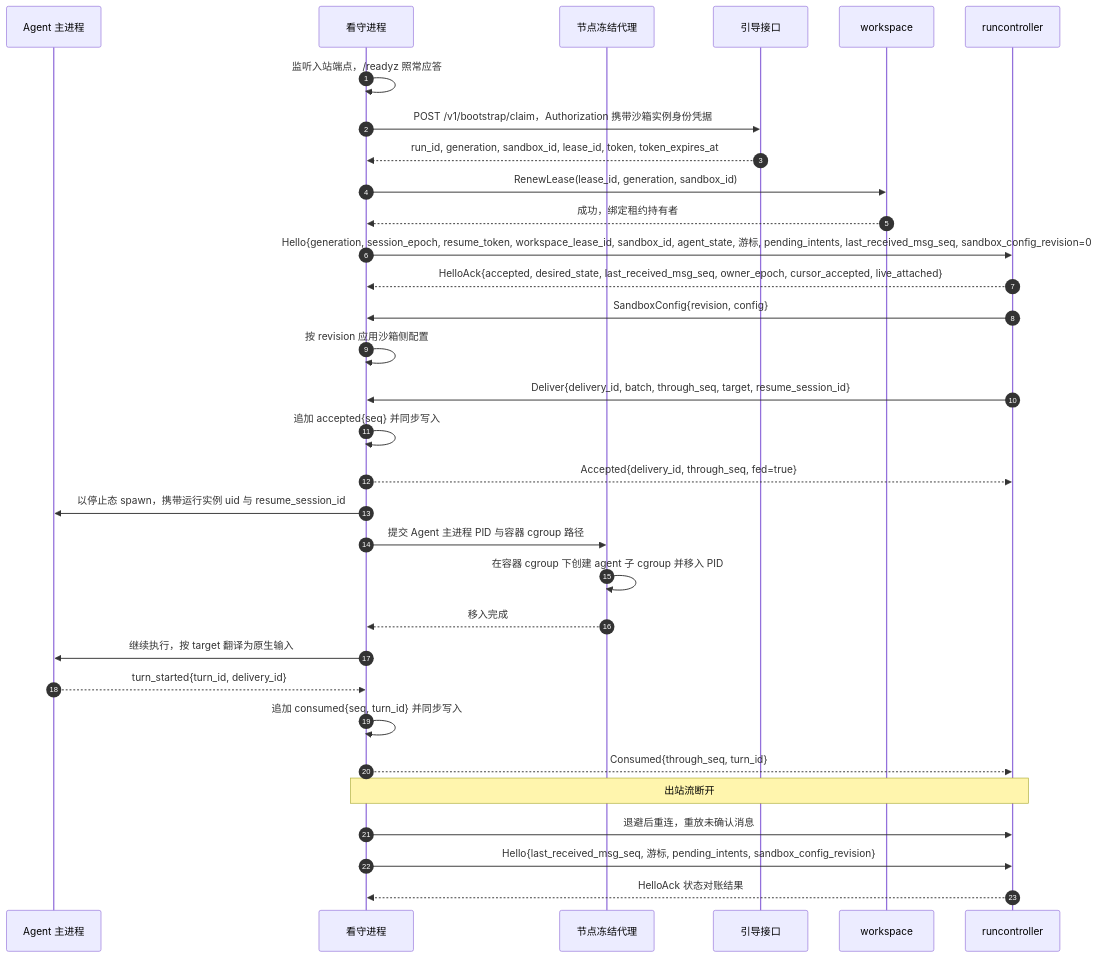
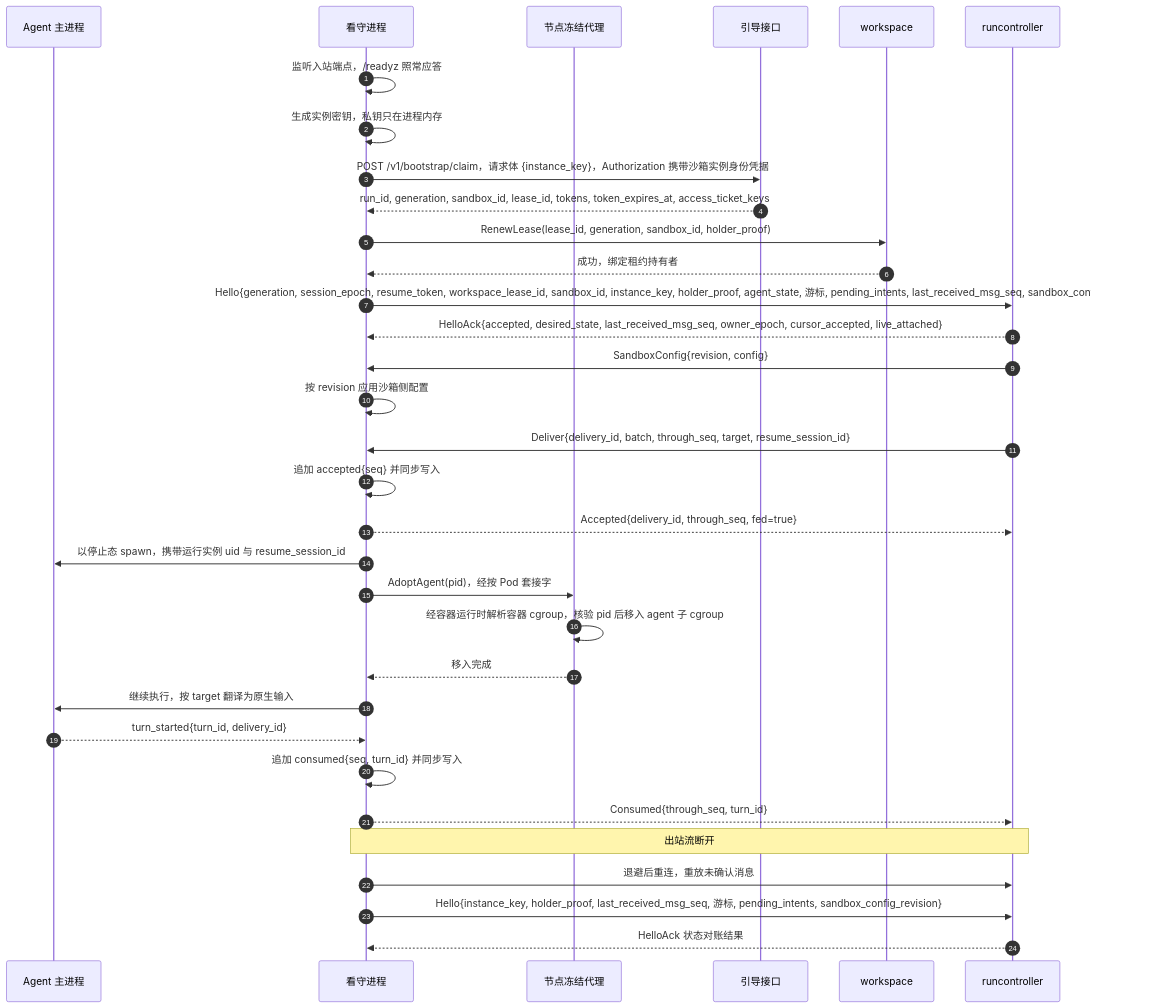
One commit to wangzw/castworks changed the second of 3 diagrams in docs/design/modules/warden/design-warden.md. Above: the diagram before and after it, drawn with Mermaid. The commit also changed other lines of this file and 29 other files, not shown here.

````diff
--- a/docs/design/modules/warden/design-warden.md
+++ b/docs/design/modules/warden/design-warden.md
@@ -257,34 +270,35 @@
 ```mermaid
 sequenceDiagram
     autonumber
     participant A as Agent 主进程
     participant W as 看守进程
     participant N as 节点冻结代理
     participant B as 引导接口
     participant S as workspace
     participant R as runcontroller
     W->>W: 监听入站端点，/readyz 照常应答
-    W->>B: POST /v1/bootstrap/claim，Authorization 携带沙箱实例身份凭据
-    B-->>W: run_id, generation, sandbox_id, lease_id, token, token_expires_at
-    W->>S: RenewLease(lease_id, generation, sandbox_id)
+    W->>W: 生成实例密钥，私钥只在进程内存
+    W->>B: POST /v1/bootstrap/claim，请求体 {instance_key}，Authorization 携带沙箱实例身份凭据
+    B-->>W: run_id, generation, sandbox_id, lease_id, tokens, token_expires_at, access_ticket_keys
+    W->>S: RenewLease(lease_id, generation, sandbox_id, holder_proof)
     S-->>W: 成功，绑定租约持有者
-    W->>R: Hello{generation, session_epoch, resume_token, workspace_lease_id, sandbox_id, agent_state, 游标, pending_intents, last_received_msg_seq, sandbox_config_revision=0}
+    W->>R: Hello{generation, session_epoch, resume_token, workspace_lease_id, sandbox_id, instance_key, holder_proof, agent_state, 游标, pending_intents, last_received_msg_seq, sandbox_config_revision=0}
     R-->>W: HelloAck{accepted, desired_state, last_received_msg_seq, owner_epoch, cursor_accepted, live_attached}
     R->>W: SandboxConfig{revision, config}
     W->>W: 按 revision 应用沙箱侧配置
     R->>W: Deliver{delivery_id, batch, through_seq, target, resume_session_id}
     W->>W: 追加 accepted{seq} 并同步写入
     W-->>R: Accepted{delivery_id, through_seq, fed=true}
     W->>A: 以停止态 spawn，携带运行实例 uid 与 resume_session_id
-    W->>N: 提交 Agent 主进程 PID 与容器 cgroup 路径
-    N->>N: 在容器 cgroup 下创建 agent 子 cgroup 并移入 PID
+    W->>N: AdoptAgent(pid)，经按 Pod 套接字
+    N->>N: 经容器运行时解析容器 cgroup，核验 pid 后移入 agent 子 cgroup
     N-->>W: 移入完成
     W->>A: 继续执行，按 target 翻译为原生输入
     A-->>W: turn_started{turn_id, delivery_id}
     W->>W: 追加 consumed{seq, turn_id} 并同步写入
     W-->>R: Consumed{through_seq, turn_id}
     Note over W,R: 出站流断开
     W->>R: 退避后重连，重放未确认消息
-    W->>R: Hello{last_received_msg_seq, 游标, pending_intents, sandbox_config_revision}
+    W->>R: Hello{instance_key, holder_proof, last_received_msg_seq, 游标, pending_intents, sandbox_config_revision}
     R-->>W: HelloAck 状态对账结果
 ```
````
